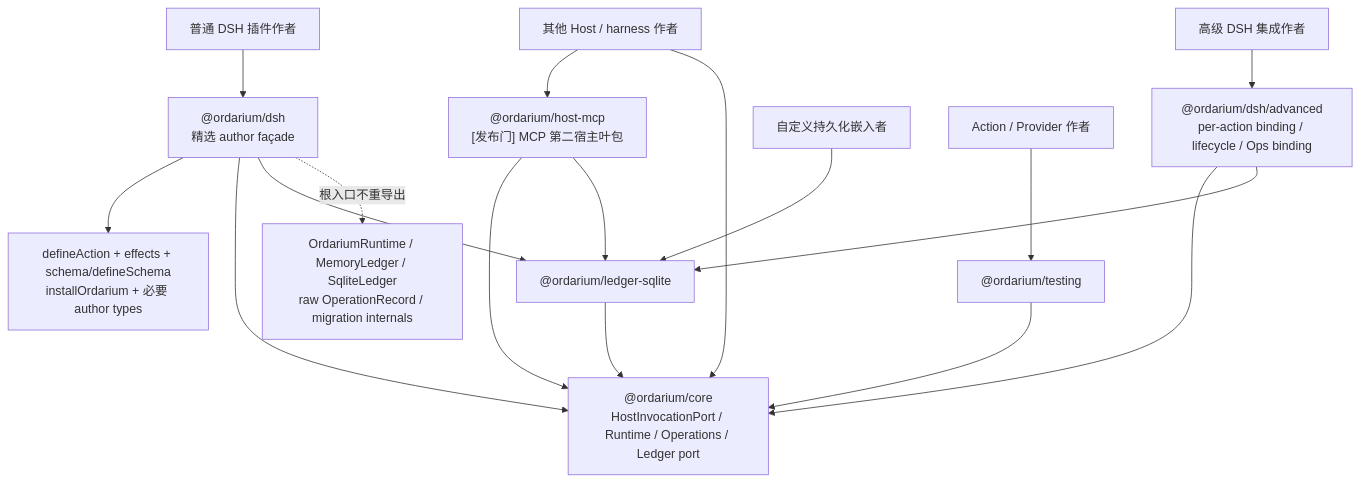
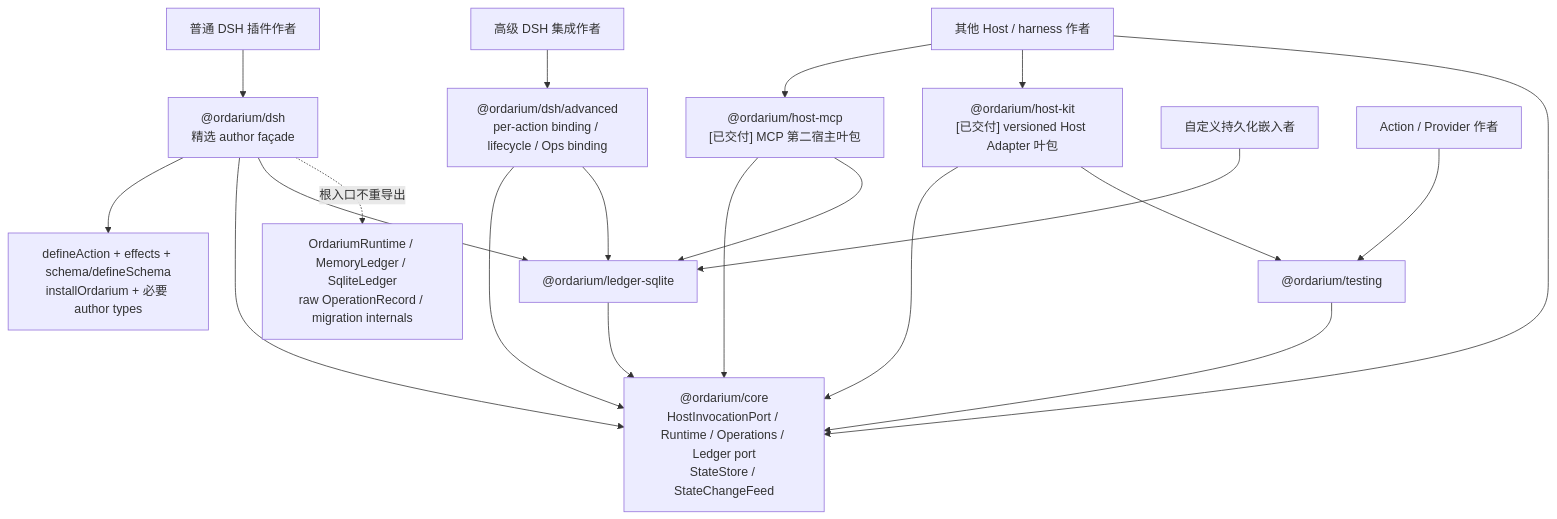
The diagram in docs/12-ordarium-product-baseline.md (orangeofcarl0-sys/ordarium), drawn with Mermaid before and after one commit. The commit also changed other lines of this file and 15 other files, not shown here.

````diff
--- a/docs/12-ordarium-product-baseline.md
+++ b/docs/12-ordarium-product-baseline.md
@@ -92,22 +94,25 @@
 ```mermaid
 flowchart TB
     AUTHOR["普通 DSH 插件作者"] --> ROOT["@ordarium/dsh<br/>精选 author façade"]
     ROOT --> GOLDEN["defineAction + effects + schema/defineSchema<br/>installOrdarium + 必要 author types"]
 
     ADV_AUTHOR["高级 DSH 集成作者"] --> ADV["@ordarium/dsh/advanced<br/>per-action binding / lifecycle / Ops binding"]
-    HOST_AUTHOR["其他 Host / harness 作者"] --> HOST_MCP["@ordarium/host-mcp<br/>[发布门] MCP 第二宿主叶包"]
-    HOST_AUTHOR --> CORE["@ordarium/core<br/>HostInvocationPort / Runtime / Operations / Ledger port"]
+    HOST_AUTHOR["其他 Host / harness 作者"] --> HOST_MCP["@ordarium/host-mcp<br/>[已交付] MCP 第二宿主叶包"]
+    HOST_AUTHOR --> HOST_KIT["@ordarium/host-kit<br/>[已交付] versioned Host Adapter 叶包"]
+    HOST_AUTHOR --> CORE["@ordarium/core<br/>HostInvocationPort / Runtime / Operations / Ledger port<br/>StateStore / StateChangeFeed"]
     EMBEDDER["自定义持久化嵌入者"] --> SQLITE["@ordarium/ledger-sqlite"]
     TEST_AUTHOR["Action / Provider 作者"] --> TESTING["@ordarium/testing"]
 
     ROOT --> CORE
     ROOT --> SQLITE
     ADV --> CORE
     ADV --> SQLITE
     HOST_MCP --> CORE
     HOST_MCP --> SQLITE
+    HOST_KIT --> CORE
+    HOST_KIT --> TESTING
     SQLITE --> CORE
     TESTING --> CORE
 
     ROOT -.->|"根入口不重导出"| INTERNAL["OrdariumRuntime / MemoryLedger / SqliteLedger<br/>raw OperationRecord / migration internals"]
 ```
````
